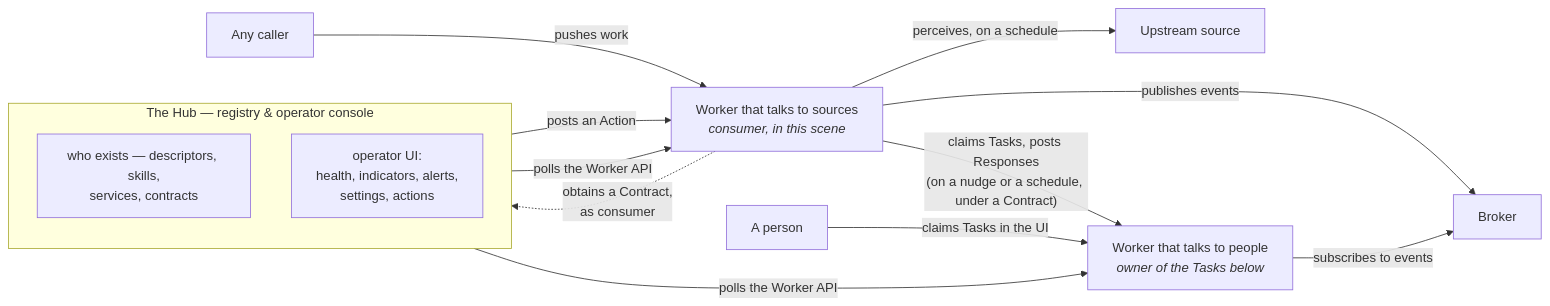
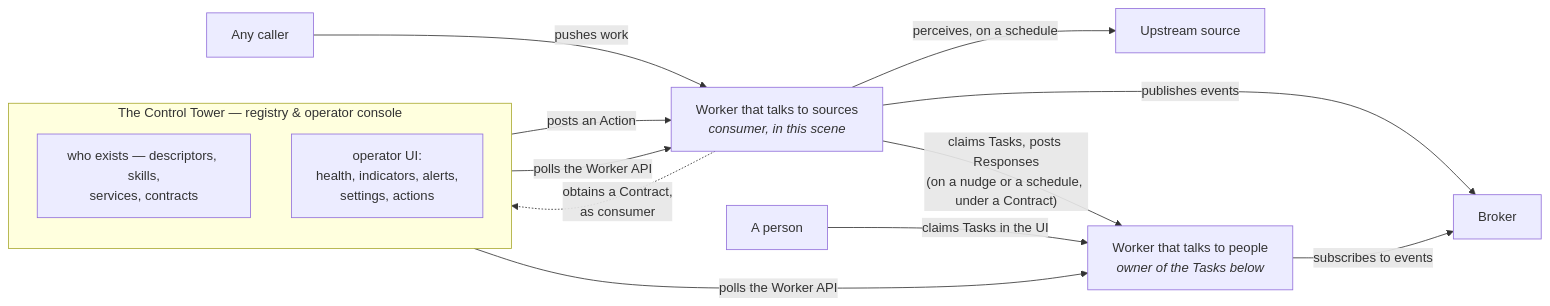
The diagram in docs/architecture.md (rowing-tech/worker-protocol), drawn with Mermaid before and after one commit. The commit also changed other lines of this file and 5 other files, not shown here.

First line of the commit message:
docs: rename the Hub to the Control Tower, and introduce it before it is used

````diff
--- a/docs/architecture.md
+++ b/docs/architecture.md
@@ -122,25 +137,25 @@
 ```mermaid
 flowchart LR
-  subgraph hub["The Hub — registry & operator console"]
+  subgraph tower["The Control Tower — registry & operator console"]
     direction TB
     registry["who exists — descriptors, skills,<br/>services, contracts"]
     console["operator UI:<br/>health, indicators, alerts,<br/>settings, actions"]
   end
   source["Upstream source"]
   caller["Any caller"]
   worker["Worker that talks to sources<br/><i>consumer, in this scene</i>"]
   app["Worker that talks to people<br/><i>owner of the Tasks below</i>"]
   broker["Broker"]
   person["A person"]
 
   worker -- "perceives, on a schedule" --> source
   caller -- "pushes work" --> worker
   worker -- "claims Tasks, posts Responses<br/>(on a nudge or a schedule, under a Contract)" --> app
   person -- "claims Tasks in the UI" --> app
   worker -- "publishes events" --> broker
   app -- "subscribes to events" --> broker
-  hub -- "polls the Worker API" --> worker
-  hub -- "polls the Worker API" --> app
+  tower -- "polls the Worker API" --> worker
+  tower -- "polls the Worker API" --> app
   console -- "posts an Action" --> worker
   worker -. "obtains a Contract,<br/>as consumer" .-> registry
 ```
````
